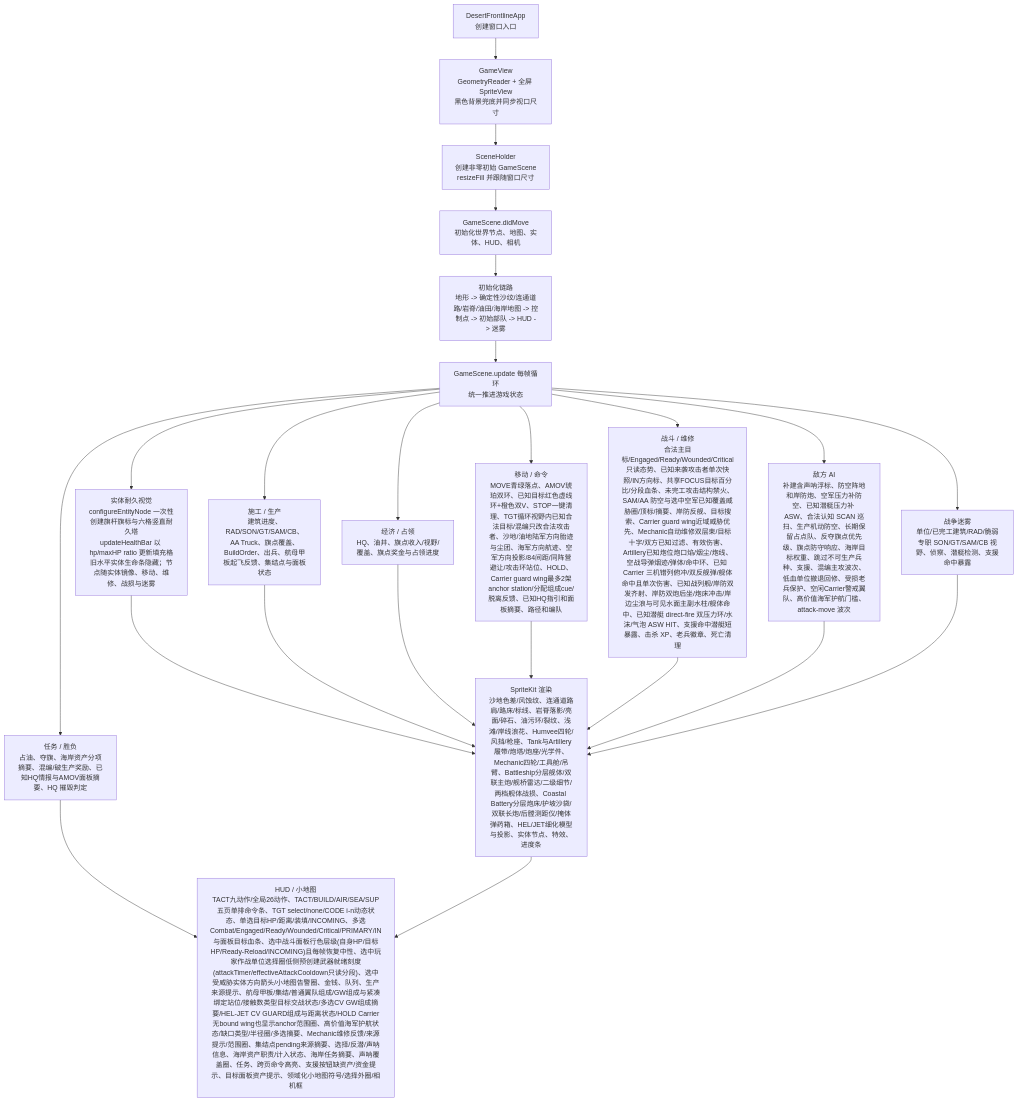
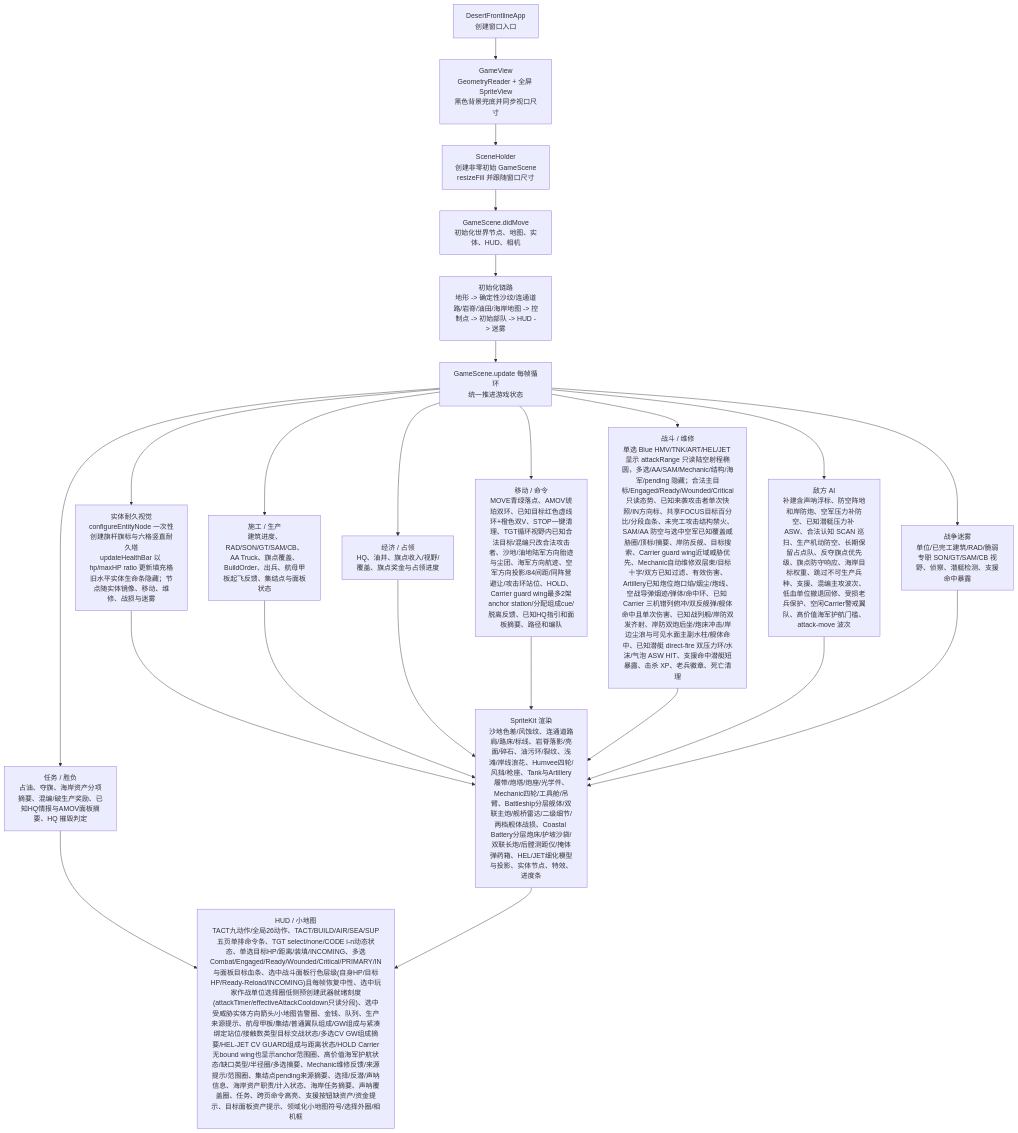
Before and after one commit to Altman-sam114/1145: the first of 3 diagrams in md/flow/flowchart.md, drawn with Mermaid. The commit also changed other lines of this file and 5 other files, not shown here.

````diff
--- a/md/flow/flowchart.md
+++ b/md/flow/flowchart.md
@@ -11,25 +11,25 @@
 ```mermaid
 flowchart TD
   App["DesertFrontlineApp\n创建窗口入口"] --> View["GameView\nGeometryReader + 全屏 SpriteView\n黑色背景兜底并同步视口尺寸"]
   View --> Holder["SceneHolder\n创建非零初始 GameScene\nresizeFill 并跟随窗口尺寸"]
   Holder --> Scene["GameScene.didMove\n初始化世界节点、地图、实体、HUD、相机"]
   Scene --> Init["初始化链路\n地形 -> 确定性沙纹/连通道路/岩脊/油田/海岸地图 -> 控制点 -> 初始部队 -> HUD -> 迷雾"]
   Init --> Loop["GameScene.update 每帧循环\n统一推进游戏状态"]
   Loop --> Build["施工 / 生产\n建筑进度、RAD/SON/GT/SAM/CB、AA Truck、旗点覆盖、BuildOrder、出兵、航母甲板起飞反馈、集结点与面板状态"]
   Loop --> Economy["经济 / 占领\nHQ、油井、旗点收入/视野/覆盖、旗点奖金与占领进度"]
   Loop --> Commands["移动 / 命令\nMOVE青绿落点、AMOV琥珀双环、已知目标红色虚线环+橙色双V、STOP一键清理、TGT循环视野内已知合法目标/混编只改合法攻击者、沙地/油地陆军方向胎迹与尘团、海军方向航迹、空军方向投影/84间距/同阵营避让/攻击环站位、HOLD、Carrier guard wing最多2架anchor station/分配组成cue/脱离反馈、已知HQ指引和面板摘要、路径和编队"]
-  Loop --> Combat["战斗 / 维修\n合法主目标/Engaged/Ready/Wounded/Critical只读态势、已知来袭攻击者单次快照/IN方向标、共享FOCUS目标百分比/分段血条、未完工攻击结构禁火、SAM/AA 防空与选中空军已知覆盖威胁圈/顶标/摘要、岸防反舰、目标搜索、Carrier guard wing近域威胁优先、Mechanic自动维修双层束/目标十字/双方已知过滤、有效伤害、Artillery已知炮位炮口焰/烟尘/炮线、空战导弹烟迹/弹体/命中环、已知 Carrier 三机错列俯冲/双反舰弹/舰体命中且单次伤害、已知战列舰/岸防双发齐射、岸防双炮后坐/炮床冲击/岸边尘浪与可见水面主副水柱/舰体命中、已知潜艇 direct-fire 双压力环/水沫/气泡 ASW HIT、支援命中潜艇短暴露、击杀 XP、老兵徽章、死亡清理"]
+  Loop --> Combat["战斗 / 维修\n单选 Blue HMV/TNK/ART/HEL/JET 显示 attackRange 只读陆空射程椭圆，多选/AA/SAM/Mechanic/结构/海军/pending 隐藏；合法主目标/Engaged/Ready/Wounded/Critical只读态势、已知来袭攻击者单次快照/IN方向标、共享FOCUS目标百分比/分段血条、未完工攻击结构禁火、SAM/AA 防空与选中空军已知覆盖威胁圈/顶标/摘要、岸防反舰、目标搜索、Carrier guard wing近域威胁优先、Mechanic自动维修双层束/目标十字/双方已知过滤、有效伤害、Artillery已知炮位炮口焰/烟尘/炮线、空战导弹烟迹/弹体/命中环、已知 Carrier 三机错列俯冲/双反舰弹/舰体命中且单次伤害、已知战列舰/岸防双发齐射、岸防双炮后坐/炮床冲击/岸边尘浪与可见水面主副水柱/舰体命中、已知潜艇 direct-fire 双压力环/水沫/气泡 ASW HIT、支援命中潜艇短暴露、击杀 XP、老兵徽章、死亡清理"]
   Loop --> HealthVisual["实体耐久视觉\nconfigureEntityNode 一次性创建旗杆旗标与六格竖直耐久塔\nupdateHealthBar 以 hp/maxHP ratio 更新填充格\n旧水平实体生命条隐藏；节点随实体镜像、移动、维修、战损与迷雾"]
   HealthVisual --> Render
   Loop --> AI["敌方 AI\n补建含声呐浮标、防空阵地和岸防炮、空军压力补防空、已知潜艇压力补 ASW、合法认知 SCAN 巡扫、生产机动防空、长期保留占点队、反夺旗点优先级、旗点防守响应、海岸目标权重、跳过不可生产兵种、支援、混编主攻波次、低血单位撤退回修、受损老兵保护、空闲Carrier警戒翼队、高价值海军护航门槛、attack-move 波次"]
   Loop --> Fog["战争迷雾\n单位/已完工建筑/RAD/脆弱专职 SON/GT/SAM/CB 视野、侦察、潜艇检测、支援命中暴露"]
   Loop --> Mission["任务 / 胜负\n占油、夺旗、海岸资产分项摘要、混编/破生产奖励、已知HQ情报与AMOV面板摘要、HQ 摧毁判定"]
   Build --> Render["SpriteKit 渲染\n沙地色差/风蚀纹、连通道路肩/路床/标线、岩脊落影/亮面/碎石、油污环/裂纹、浅滩/岸线浪花、Humvee四轮/风挡/枪座、Tank与Artillery履带/炮塔/炮座/光学件、Mechanic四轮/工具舱/吊臂、Battleship分层舰体/双联主炮/舰桥雷达/二级细节/两档舰体战损、Coastal Battery分层炮床/护坡沙袋/双联长炮/后膛测距仪/掩体弹药箱、HEL/JET细化模型与投影、实体节点、特效、进度条"]
   Economy --> Render
   Commands --> Render
   Combat --> Render
   AI --> Render
   Fog --> Render
   Mission --> HUD["HUD / 小地图\nTACT九动作/全局26动作、TACT/BUILD/AIR/SEA/SUP五页单排命令条、TGT select/none/CODE i-n动态状态、单选目标HP/距离/装填/INCOMING、多选Combat/Engaged/Ready/Wounded/Critical/PRIMARY/IN与面板目标血条、选中战斗面板行色层级(自身HP/目标HP/Ready-Reload/INCOMING)且每帧恢复中性、选中玩家作战单位选择圈低侧预创建武器就绪刻度(attackTimer/effectiveAttackCooldown只读分段)、选中受威胁实体方向箭头/小地图告警圈、金钱、队列、生产来源提示、航母甲板/集结/普通翼队组成/GW组成与紧凑绑定站位/接触数类型目标交战状态/多选CV GW组成摘要/HEL-JET CV GUARD组成与距离状态/HOLD Carrier无bound wing也显示anchor范围圈、高价值海军护航状态/缺口类型/半径圈/多选摘要、Mechanic维修反馈/来源提示/范围圈、集结点pending来源摘要、选择/反潜/声呐信息、海岸资产职责/计入状态、海岸任务摘要、声呐覆盖圈、任务、跨页命令高亮、支援按钮缺资产/资金提示、目标面板资产提示、领域化小地图符号/选择外圈/相机框"]
   Render --> HUD
 ```
````
